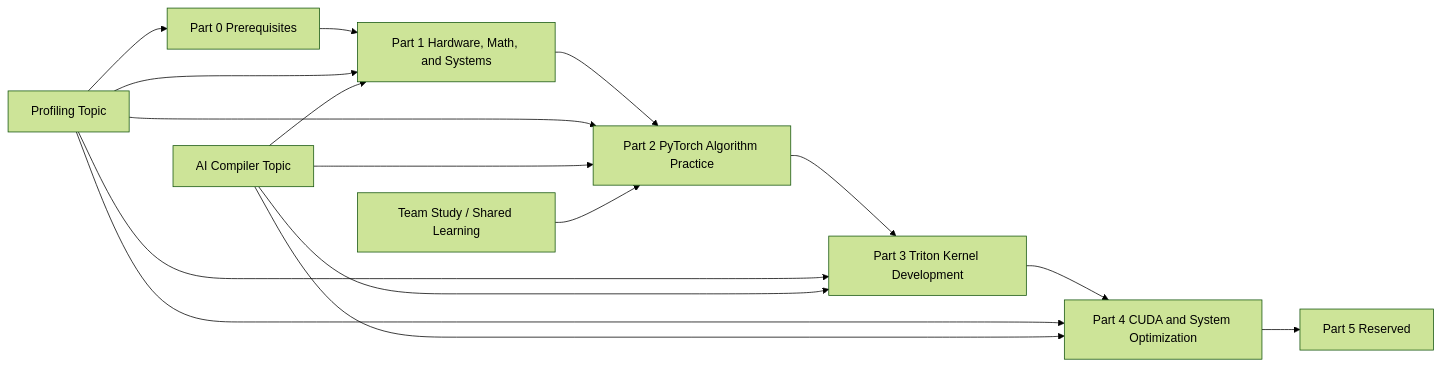
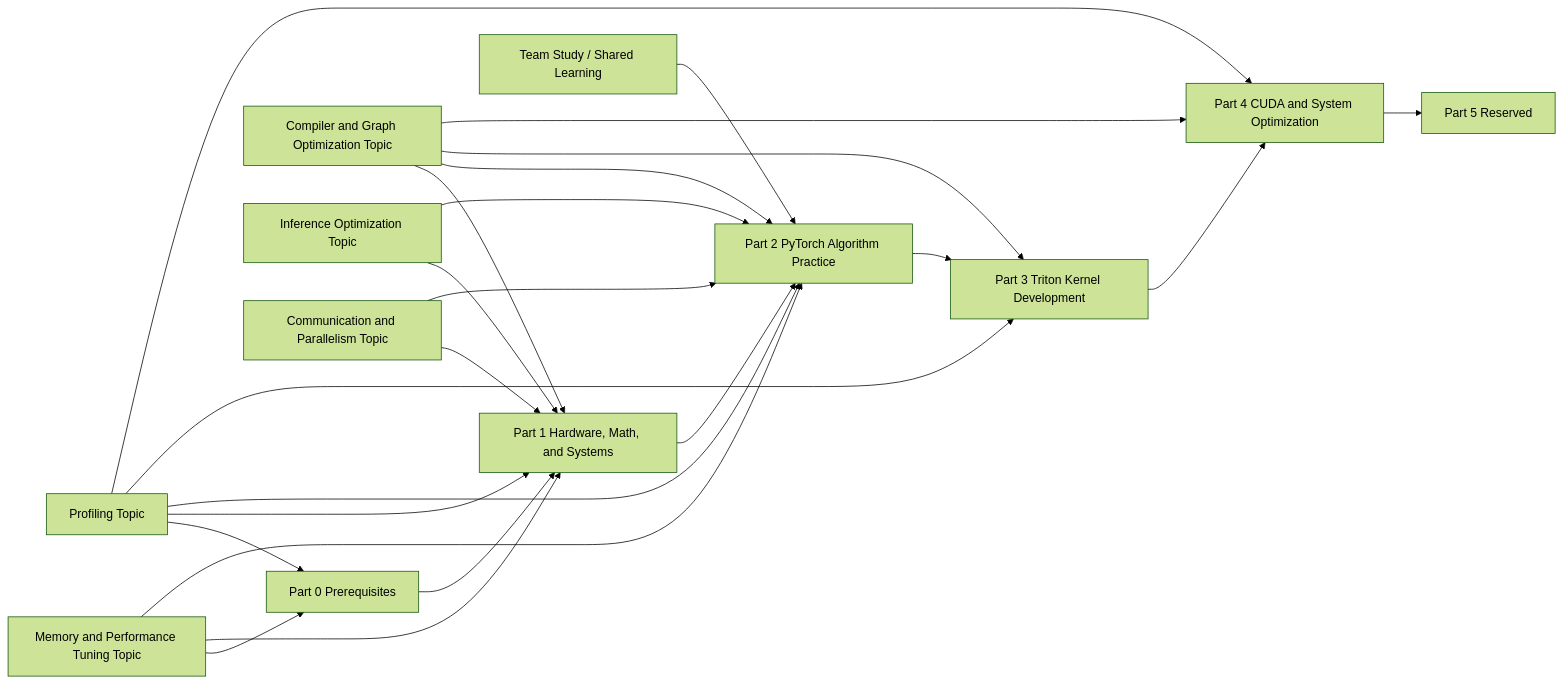
Before and after one commit to datawhalechina/llm-algo-leetcode: the second of 2 diagrams in README.md, drawn with Mermaid (forest theme). The commit also changed other lines of this file and 6 other files, not shown here.

````diff
--- a/README.md
+++ b/README.md
@@ -212,21 +232,31 @@
 ```mermaid
 flowchart LR
   P0["Part 0 Prerequisites"] --> P1["Part 1 Hardware, Math, and Systems"]
   P1 --> P2["Part 2 PyTorch Algorithm Practice"]
   P2 --> P3["Part 3 Triton Kernel Development"]
   P3 --> P4["Part 4 CUDA and System Optimization"]
   P4 --> P5["Part 5 Reserved"]
 
   Profiling["Profiling Topic"] --> P0
   Profiling --> P1
   Profiling --> P2
   Profiling --> P3
   Profiling --> P4
 
-  Compiler["AI Compiler Topic"] --> P1
+  Compiler["Compiler and Graph Optimization Topic"] --> P1
   Compiler --> P2
   Compiler --> P3
   Compiler --> P4
 
+  Inference["Inference Optimization Topic"] --> P1
+  Inference --> P2
+
+  Parallel["Communication and Parallelism Topic"] --> P1
+  Parallel --> P2
+
+  Memory["Memory and Performance Tuning Topic"] --> P0
+  Memory --> P1
+  Memory --> P2
+
   Study["Team Study / Shared Learning"] --> P2
 ```
````
